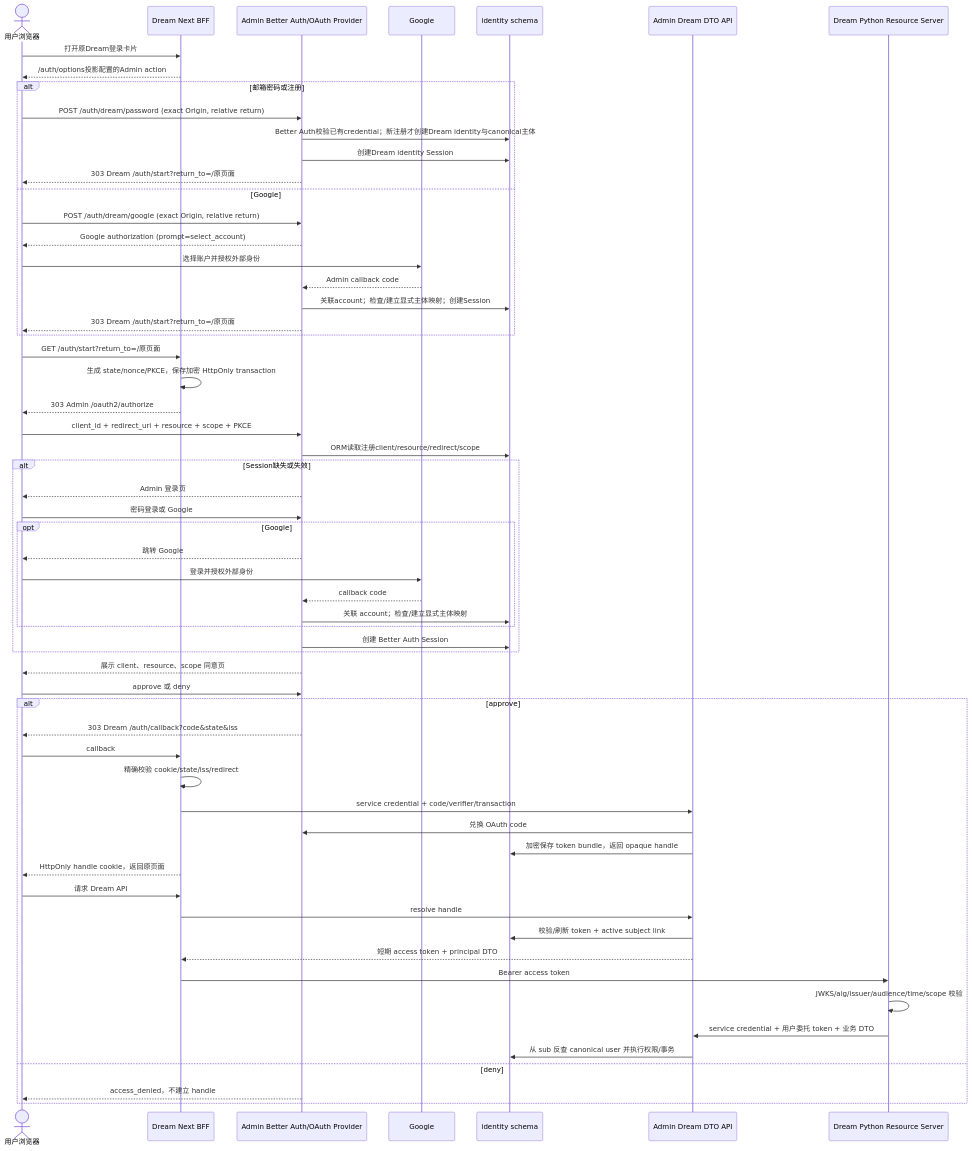
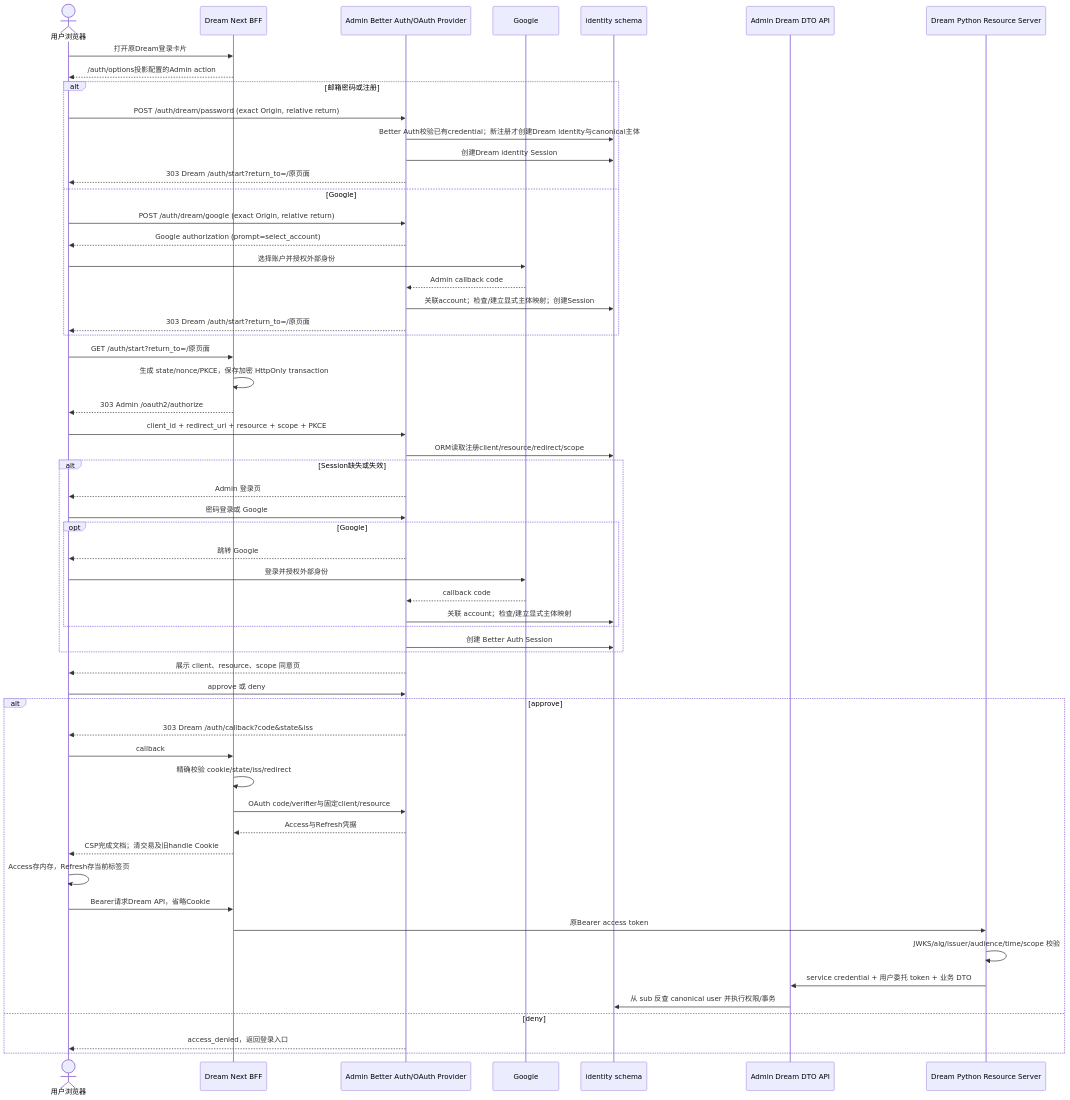
One commit to glide-the/im-dream changed the third of 5 diagrams in docs/architecture/auth-identity-er-and-flows.md. Above: the diagram before and after it, drawn with Mermaid. The commit also changed other lines of this file and 62 other files, not shown here.

Commit message:
Use OAuth bearer authentication for Dream Web

````diff
--- a/docs/architecture/auth-identity-er-and-flows.md
+++ b/docs/architecture/auth-identity-er-and-flows.md
@@ -242,63 +243,60 @@
 ```mermaid
 sequenceDiagram
     actor U as 用户浏览器
     participant B as Dream Next BFF
     participant A as Admin Better Auth/OAuth Provider
     participant G as Google
     participant I as identity schema
     participant D as Admin Dream DTO API
     participant P as Dream Python Resource Server
 
     U->>B: 打开原Dream登录卡片
     B-->>U: /auth/options投影配置的Admin action
     alt 邮箱密码或注册
       U->>A: POST /auth/dream/password (exact Origin, relative return)
       A->>I: Better Auth校验已有credential；新注册才创建Dream identity与canonical主体
       A->>I: 创建Dream identity Session
       A-->>U: 303 Dream /auth/start?return_to=/原页面
     else Google
       U->>A: POST /auth/dream/google (exact Origin, relative return)
       A-->>U: Google authorization (prompt=select_account)
       U->>G: 选择账户并授权外部身份
       G-->>A: Admin callback code
       A->>I: 关联account；检查/建立显式主体映射；创建Session
       A-->>U: 303 Dream /auth/start?return_to=/原页面
     end
     U->>B: GET /auth/start?return_to=/原页面
     B->>B: 生成 state/nonce/PKCE，保存加密 HttpOnly transaction
     B-->>U: 303 Admin /oauth2/authorize
     U->>A: client_id + redirect_uri + resource + scope + PKCE
     A->>I: ORM读取注册client/resource/redirect/scope
     alt Session缺失或失效
       A-->>U: Admin 登录页
       U->>A: 密码登录或 Google
       opt Google
         A-->>U: 跳转 Google
         U->>G: 登录并授权外部身份
         G-->>A: callback code
         A->>I: 关联 account；检查/建立显式主体映射
       end
       A->>I: 创建 Better Auth Session
     end
     A-->>U: 展示 client、resource、scope 同意页
     U->>A: approve 或 deny
     alt approve
       A-->>U: 303 Dream /auth/callback?code&state&iss
       U->>B: callback
       B->>B: 精确校验 cookie/state/iss/redirect
-      B->>D: service credential + code/verifier/transaction
-      D->>A: 兑换 OAuth code
-      D->>I: 加密保存 token bundle，返回 opaque handle
-      B-->>U: HttpOnly handle cookie，返回原页面
-      U->>B: 请求 Dream API
-      B->>D: resolve handle
-      D->>I: 校验/刷新 token + active subject link
-      D-->>B: 短期 access token + principal DTO
-      B->>P: Bearer access token
+      B->>A: OAuth code/verifier与固定client/resource
+      A-->>B: Access与Refresh凭据
+      B-->>U: CSP完成文档；清交易及旧handle Cookie
+      U->>U: Access存内存，Refresh存当前标签页
+      U->>B: Bearer请求Dream API，省略Cookie
+      B->>P: 原Bearer access token
       P->>P: JWKS/alg/issuer/audience/time/scope 校验
       P->>D: service credential + 用户委托 token + 业务 DTO
       D->>I: 从 sub 反查 canonical user 并执行权限/事务
     else deny
-      A-->>U: access_denied，不建立 handle
+      A-->>U: access_denied，返回登录入口
     end
 ```
````
